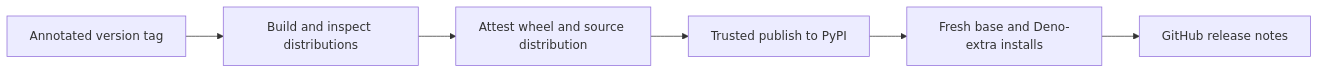
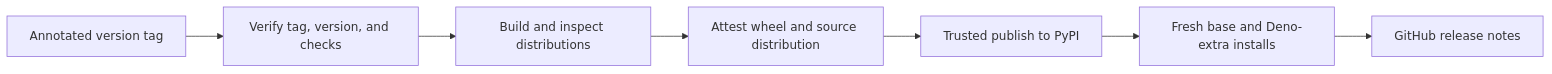
One commit to marimo-team/marimo-studio changed the diagram in development_docs/releasing.md. Above: the diagram before and after it, drawn with Mermaid. The commit also changed other lines of this file and 9 other files, not shown here.

````diff
--- a/development_docs/releasing.md
+++ b/development_docs/releasing.md
@@ -240,8 +253,9 @@
 ```mermaid
 flowchart LR
-    Tag[Annotated version tag] --> Build[Build and inspect distributions]
+    Tag[Annotated version tag] --> Resolve[Verify tag, version, and checks]
+    Resolve --> Build[Build and inspect distributions]
     Build --> Attest[Attest wheel and source distribution]
     Attest --> Publish[Trusted publish to PyPI]
     Publish --> Verify[Fresh base and Deno-extra installs]
     Verify --> Notes[GitHub release notes]
 ```
````
